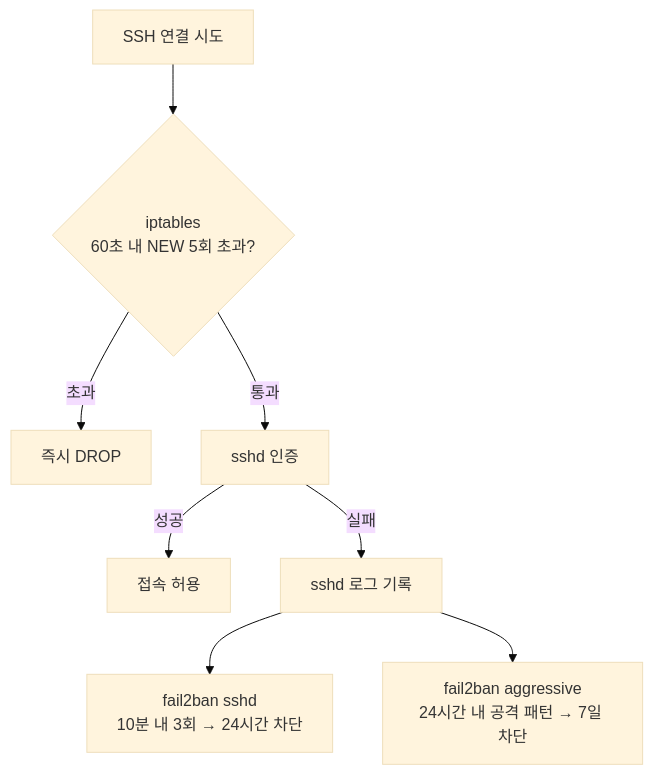
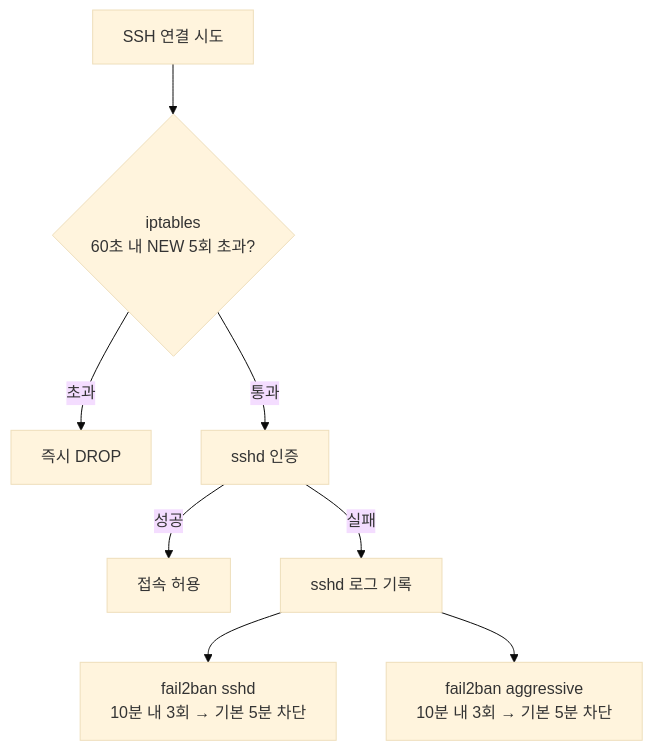
Before and after one commit to SBEE-Lab/infra: the second of 3 diagrams in docs/admin/security.md, drawn with Mermaid (base theme). The commit also changed other lines of this file and 21 other files, not shown here.

````diff
--- a/docs/admin/security.md
+++ b/docs/admin/security.md
@@ -36,10 +38,10 @@
 ```mermaid
 flowchart TD
   conn["SSH 연결 시도"] --> ipt{"iptables<br/>60초 내 NEW 5회 초과?"}
   ipt -- "초과" --> drop["즉시 DROP"]
   ipt -- "통과" --> sshd["sshd 인증"]
   sshd -- "성공" --> ok["접속 허용"]
   sshd -- "실패" --> log["sshd 로그 기록"]
-  log --> f1["fail2ban sshd<br/>10분 내 3회 → 24시간 차단"]
-  log --> f2["fail2ban aggressive<br/>24시간 내 공격 패턴 → 7일 차단"]
+  log --> f1["fail2ban sshd<br/>10분 내 3회 → 기본 5분 차단"]
+  log --> f2["fail2ban aggressive<br/>10분 내 3회 → 기본 5분 차단"]
 ```
````
